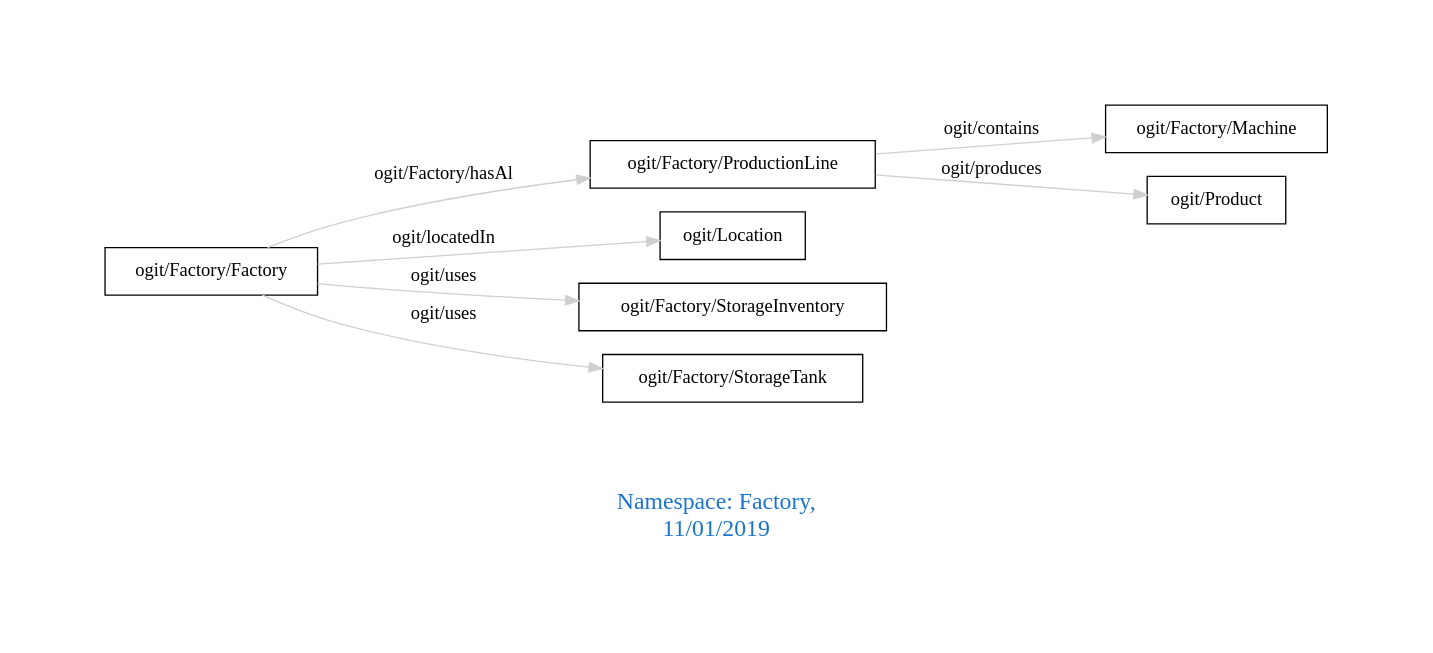
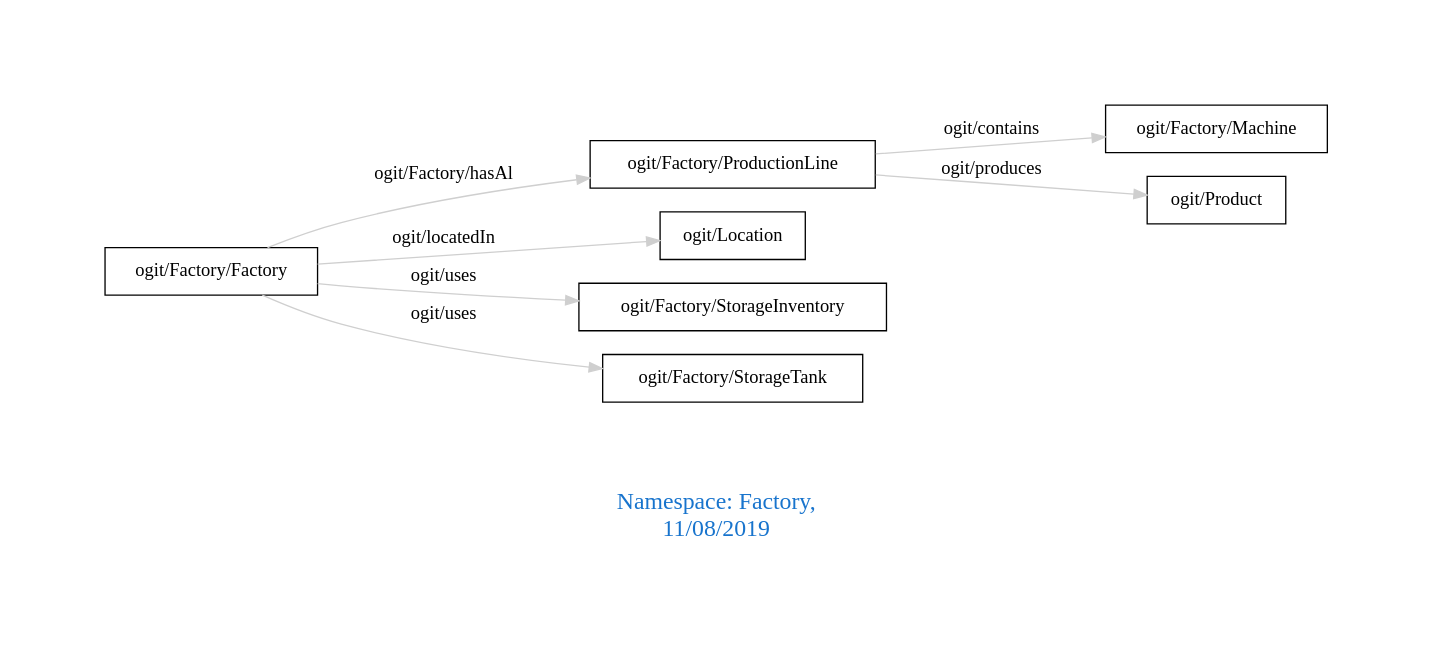
One commit to arago/OGIT changed the diagram in downloads/Factory.dot. Above: the diagram before and after it, drawn with Graphviz. The commit also changed 151 other files, not shown here.

```diff
--- a/downloads/Factory.dot
+++ b/downloads/Factory.dot
@@ -1,14 +1,14 @@
 digraph OGIT_ontology {
  graph [ rankdir= LR,pad=1 
 fontsize = 18,
-fontcolor= dodgerblue3,label = "\n\n\nNamespace: Factory, \n 11/01/2019"];
+fontcolor= dodgerblue3,label = "\n\n\nNamespace: Factory, \n 11/08/2019"];
 node[shape=polygon];
 edge [  color="gray81"];
 
    "ogit/Factory/ProductionLine" -> "ogit/Factory/Machine" [label="   ogit/contains    "];
    "ogit/Factory/Factory" -> "ogit/Factory/ProductionLine" [label="   ogit/Factory/hasAl    "];
    "ogit/Factory/Factory" -> "ogit/Location" [label="   ogit/locatedIn    "];
    "ogit/Factory/ProductionLine" -> "ogit/Product" [label="   ogit/produces    "];
    "ogit/Factory/Factory" -> "ogit/Factory/StorageInventory" [label="   ogit/uses    "];
    "ogit/Factory/Factory" -> "ogit/Factory/StorageTank" [label="   ogit/uses    "];
 }
```
